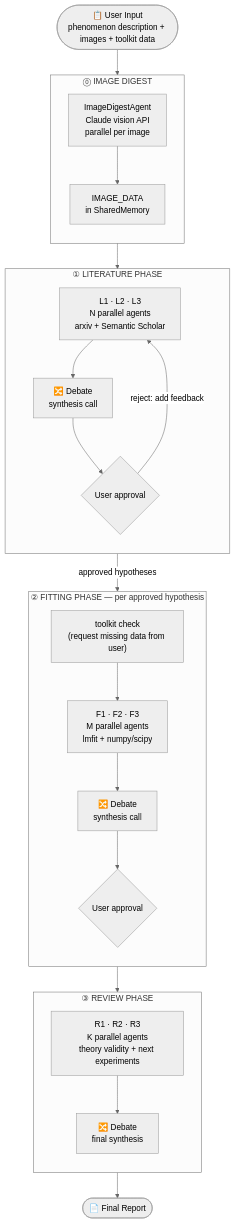
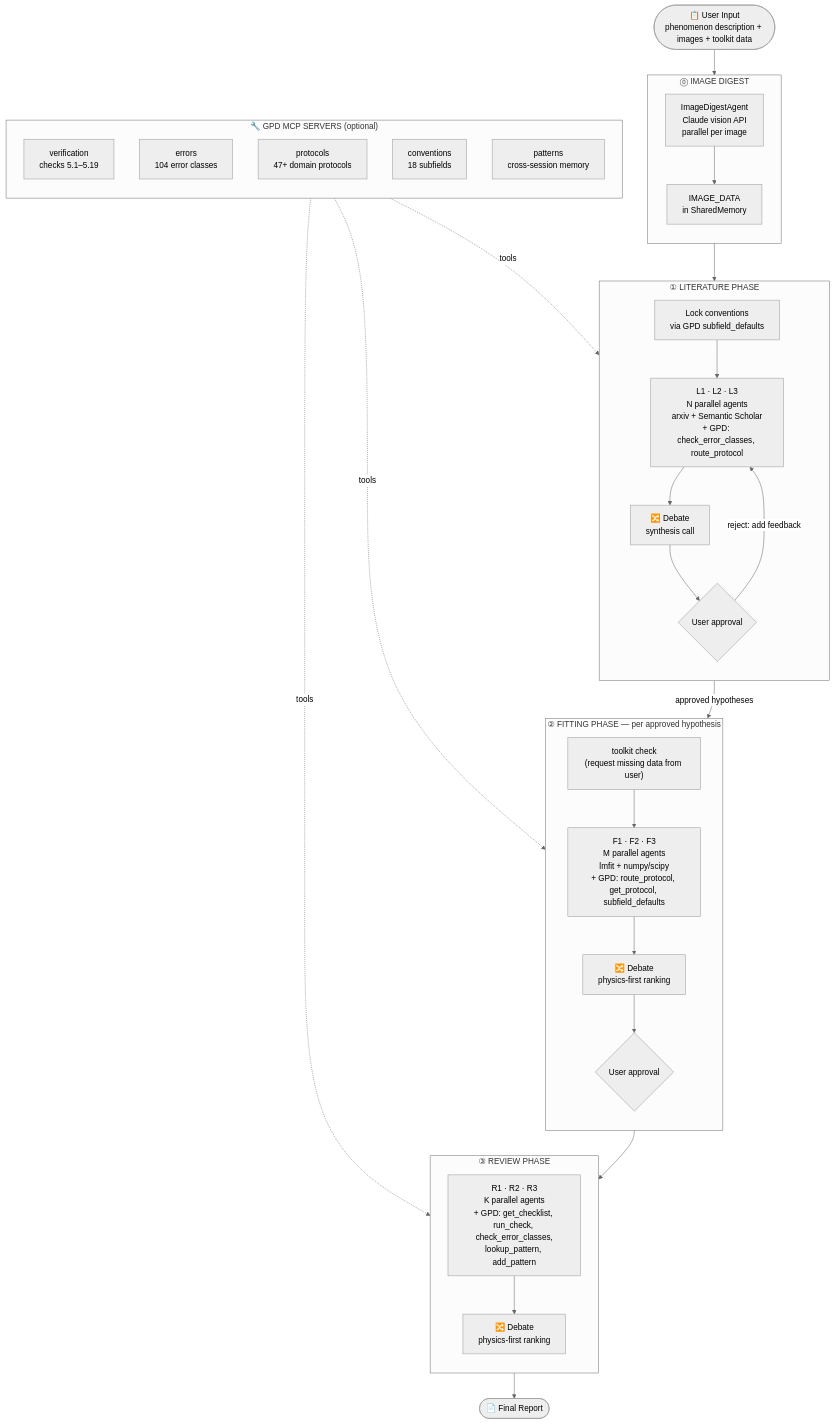
One commit to FaroutYLq/mtf changed the diagram in README.md. Above: the diagram before and after it, drawn with Mermaid (neutral theme). The commit also changed other lines of this file and 1 other file, not shown here.

First line of the commit message:
Update README and CLAUDE.md for GPD MCP integration

````diff
--- a/README.md
+++ b/README.md
@@ -9,44 +9,58 @@
 ```mermaid
 flowchart TD
     Input(["📋 User Input\nphenomenon description + images + toolkit data"])
 
+    subgraph GPD ["🔧 GPD MCP SERVERS (optional)"]
+        direction TB
+        GV["verification\nchecks 5.1–5.19"]
+        GE["errors\n104 error classes"]
+        GP["protocols\n47+ domain protocols"]
+        GC["conventions\n18 subfields"]
+        GPat["patterns\ncross-session memory"]
+    end
+
     subgraph LIT ["① LITERATURE PHASE"]
         direction TB
-        L["L1 · L2 · L3\nN parallel agents\narxiv + Semantic Scholar"]
+        LC["Lock conventions\nvia GPD subfield_defaults"]
+        L["L1 · L2 · L3\nN parallel agents\narxiv + Semantic Scholar\n+ GPD: check_error_classes, route_protocol"]
         LD["🔀 Debate\nsynthesis call"]
         LU{"User approval"}
-        L --> LD --> LU
+        LC --> L --> LD --> LU
         LU -->|"reject: add feedback"| L
     end
 
     subgraph FIT ["② FITTING PHASE  —  per approved hypothesis"]
         direction TB
         FT["toolkit check\n(request missing data from user)"]
-        F["F1 · F2 · F3\nM parallel agents\nlmfit + numpy/scipy"]
-        FD["🔀 Debate\nsynthesis call"]
+        F["F1 · F2 · F3\nM parallel agents\nlmfit + numpy/scipy\n+ GPD: route_protocol, get_protocol, subfield_defaults"]
+        FD["🔀 Debate\nphysics-first ranking"]
         FU{"User approval"}
         FT --> F --> FD --> FU
     end
 
     subgraph REV ["③ REVIEW PHASE"]
         direction TB
-        R["R1 · R2 · R3\nK parallel agents\ntheory validity + next experiments"]
-        RD["🔀 Debate\nfinal synthesis"]
+        R["R1 · R2 · R3\nK parallel agents\n+ GPD: get_checklist, run_check, check_error_classes,\nlookup_pattern, add_pattern"]
+        RD["🔀 Debate\nphysics-first ranking"]
         R --> RD
     end
+
+    GPD -.->|"tools"| L
+    GPD -.->|"tools"| F
+    GPD -.->|"tools"| R
 
     Report(["📄 Final Report"])
 
     subgraph IMG ["⓪ IMAGE DIGEST"]
         direction TB
         I["ImageDigestAgent\nClaude vision API\nparallel per image"]
         IM["IMAGE_DATA\nin SharedMemory"]
         I --> IM
     end
 
     Input --> IMG
     IMG --> LIT
     LIT -->|"approved hypotheses"| FIT
     FIT --> REV
     REV --> Report
 ```
````
